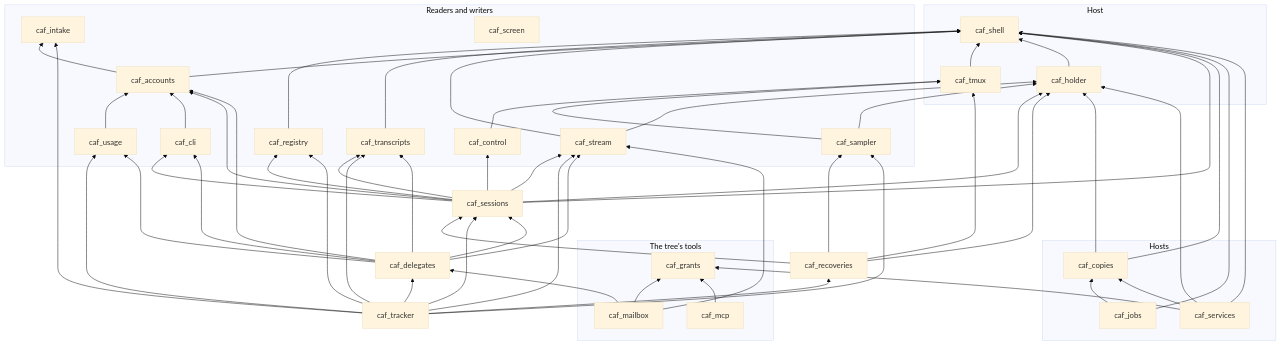
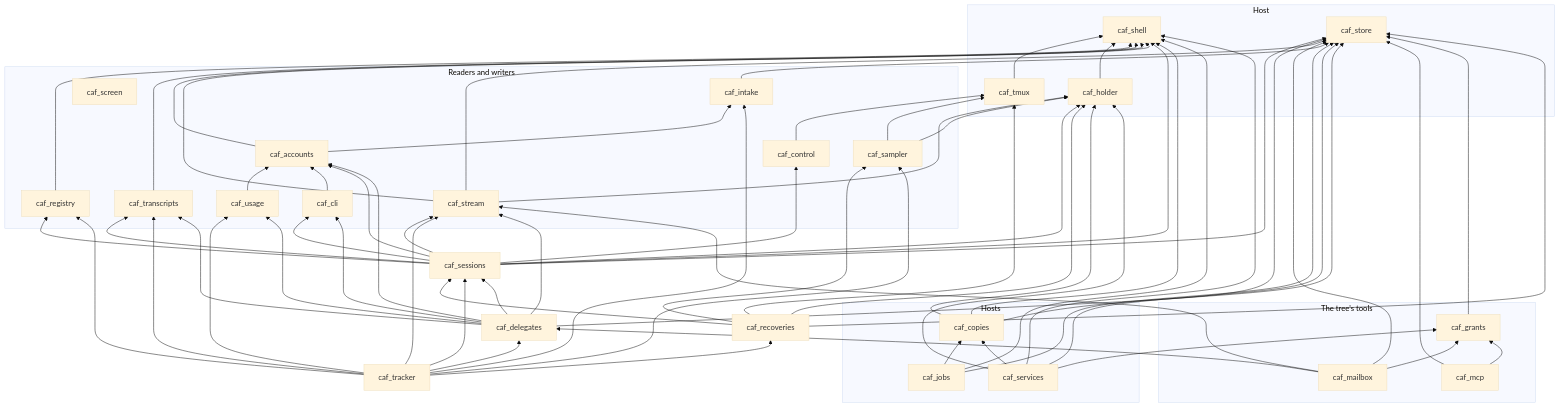
Before and after one commit to SushyDev/coding_agent_framework: the second of 2 diagrams in README.md, drawn with Mermaid (base theme). The commit also changed other lines of this file and 29 other files, not shown here.

First line of the commit message:
F-117: R1, caf_store, and the writers' tables on it

```diff
--- a/README.md
+++ b/README.md
@@ -161,6 +162,7 @@
     shell[caf_shell]
     tmux[caf_tmux]
     holder[caf_holder]
+    store[caf_store]
   end
   subgraph io["Readers and writers"]
     registry[caf_registry]
@@ -238,6 +240,8 @@
   jobs --> shell
   jobs --> copies
   services --> shell
+  sessions & delegates & stream & mailbox & intake & jobs --> store
+  services & copies & mcp & grants & recoveries --> store
   services --> holder
   services --> grants
   services --> copies
```
